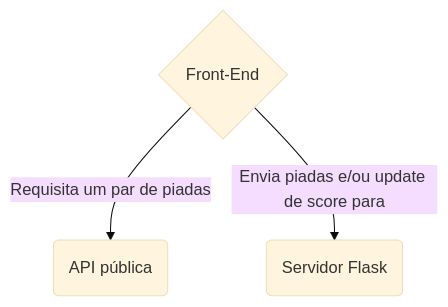
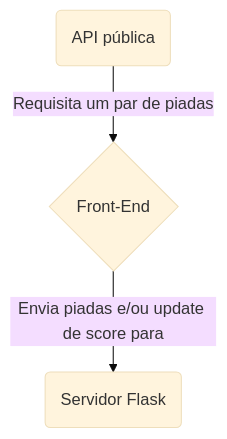
Before and after one commit to ribeiroAllison/JOKE-BATTLE-FRONT: the diagram in README.md, drawn with Mermaid (base theme).

Commit message:
readme update

````diff
--- a/README.md
+++ b/README.md
@@ -23,11 +23,11 @@
 ```mermaid
 
 graph TD
 
-A{Front-End } -- Requisita um par de piadas --> B(API pública) 
+B(API pública) -- Requisita um par de piadas --> A{Front-End }
 
 A -- Envia piadas e/ou update de score para -->C(Servidor Flask)
 
 
 
 ```
````
